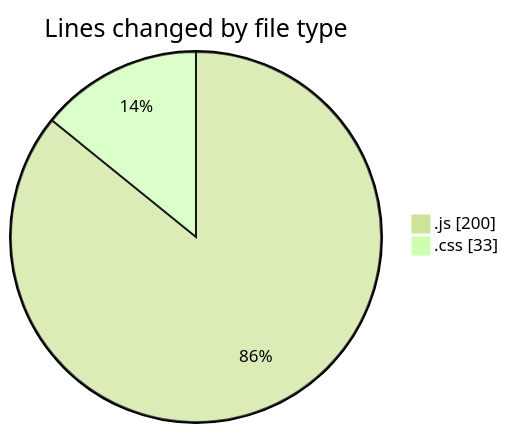
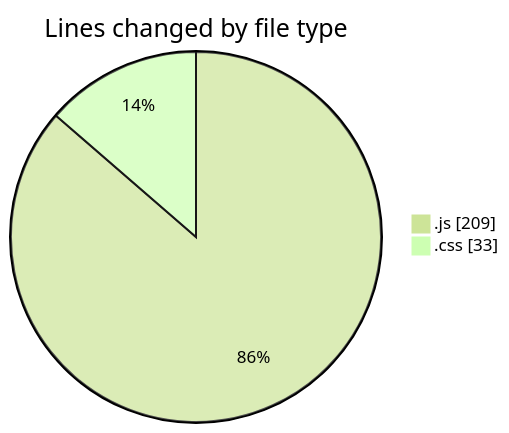
One commit to Ritupan-Deka/code-tracking changed the first of 2 diagrams in 2025-07-18/mern-workoutboard/README.md. Above: the diagram before and after it, drawn with Mermaid (forest theme). The commit also changed other lines of this file and 1 other file, not shown here.

````diff
--- a/2025-07-18/mern-workoutboard/README.md
+++ b/2025-07-18/mern-workoutboard/README.md
@@ -23,6 +23,6 @@
 ```mermaid
 pie showData
 title Lines changed by file type
-".js" : 200
+".js" : 209
 ".css" : 33
 ```
````
